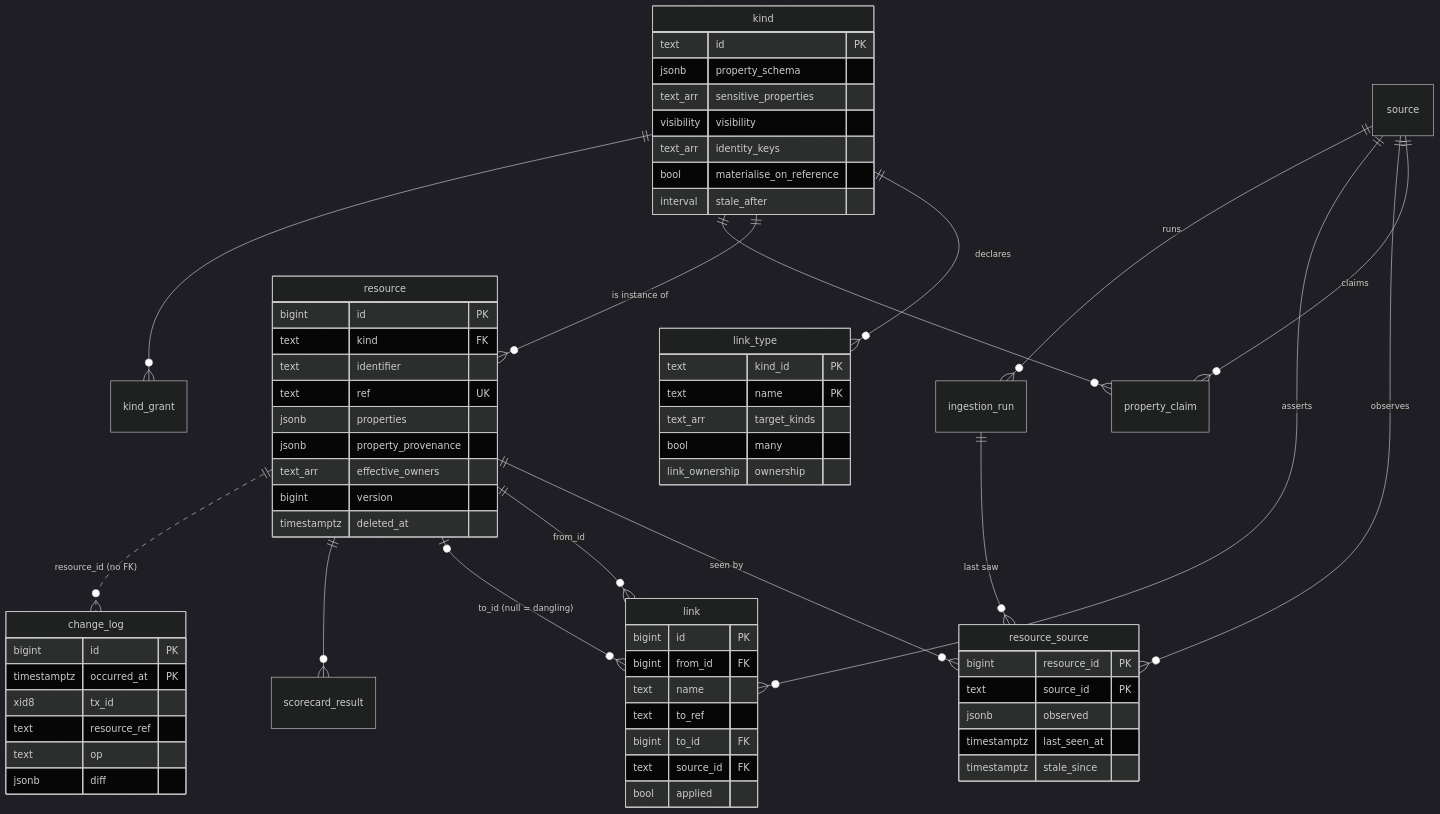
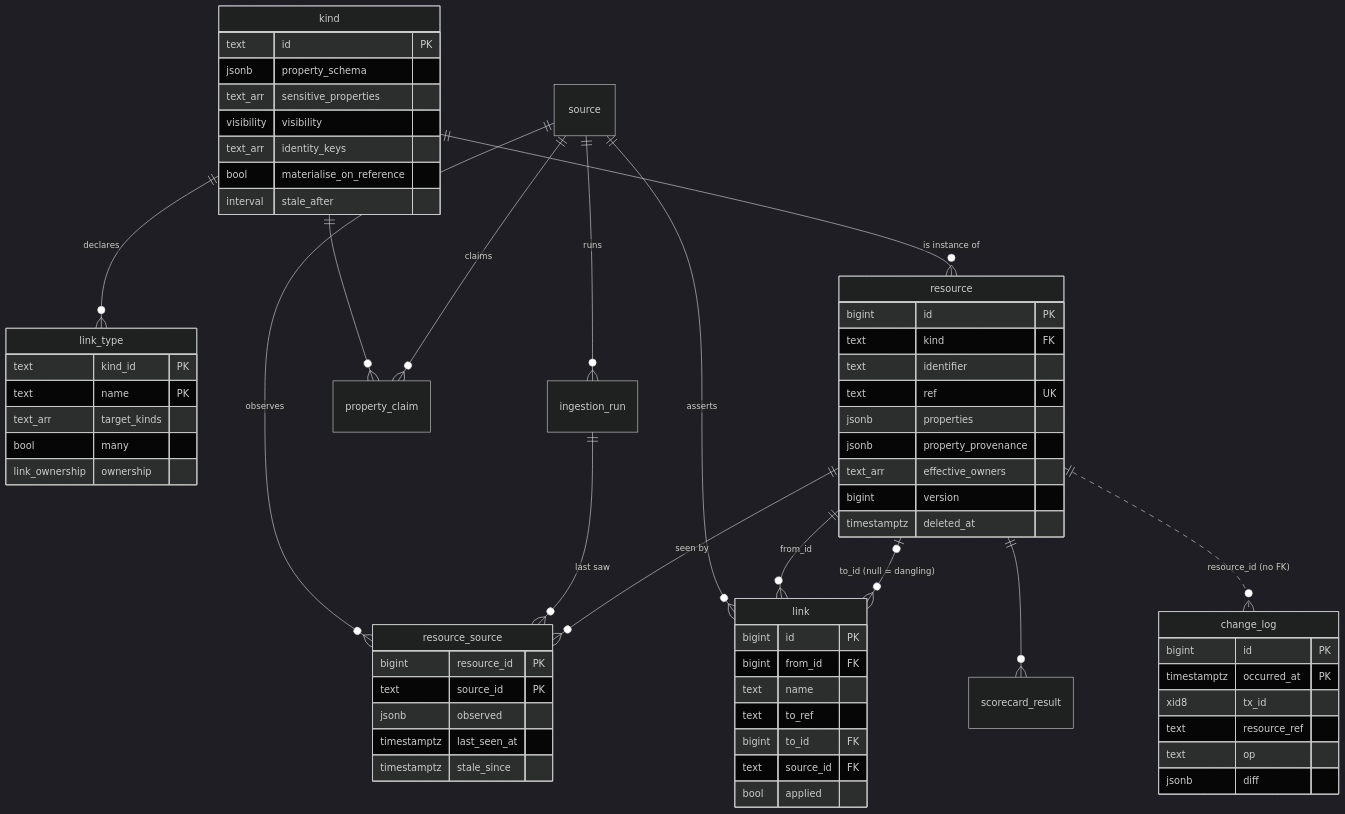
One commit to int32ltd/platform changed the diagram in docs/data-store/reference.md. Above: the diagram before and after it, drawn with Mermaid (dark theme). The commit also changed other lines of this file and 12 other files, not shown here.

````diff
--- a/docs/data-store/reference.md
+++ b/docs/data-store/reference.md
@@ -62,69 +65,68 @@
 ```mermaid
 erDiagram
   kind ||--o{ link_type : declares
   kind ||--o{ resource : "is instance of"
   kind ||--o{ property_claim : ""
-  kind ||--o{ kind_grant : ""
   source ||--o{ property_claim : claims
   source ||--o{ resource_source : observes
   source ||--o{ link : asserts
   source ||--o{ ingestion_run : runs
   ingestion_run ||--o{ resource_source : "last saw"
   resource ||--o{ resource_source : "seen by"
   resource ||--o{ link : "from_id"
   resource |o--o{ link : "to_id (null = dangling)"
   resource ||--o{ scorecard_result : ""
   resource ||..o{ change_log : "resource_id (no FK)"
 
   kind {
     text id PK
     jsonb property_schema
     text_arr sensitive_properties
     visibility visibility
     text_arr identity_keys
     bool materialise_on_reference
     interval stale_after
   }
   link_type {
     text kind_id PK
     text name PK
     text_arr target_kinds
     bool many
     link_ownership ownership
   }
   resource {
     bigint id PK
     text kind FK
     text identifier
     text ref UK
     jsonb properties
     jsonb property_provenance
     text_arr effective_owners
     bigint version
     timestamptz deleted_at
   }
   resource_source {
     bigint resource_id PK
     text source_id PK
     jsonb observed
     timestamptz last_seen_at
     timestamptz stale_since
   }
   link {
     bigint id PK
     bigint from_id FK
     text name
     text to_ref
     bigint to_id FK
     text source_id FK
     bool applied
   }
   change_log {
     bigint id PK
     timestamptz occurred_at PK
     xid8 tx_id
     text resource_ref
     text op
     jsonb diff
   }
 ```
````
